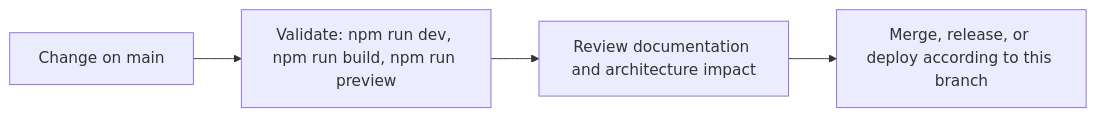
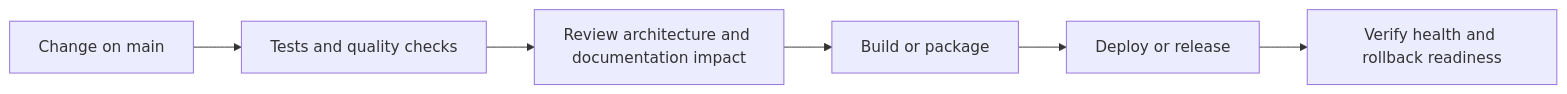
The fourth of 5 diagrams in README.md (Nischhalsubba/Nischhal-Portfolio-2026), drawn with Mermaid before and after one commit. The commit also changed other lines of this file, not shown here.

````diff
--- a/README.md
+++ b/README.md
@@ -64,8 +140,8 @@
 ```mermaid
 flowchart LR
-    CHANGE["Change on main"]
-    CHECK["Validate: npm run dev, npm run build, npm run preview"]
-    REVIEW["Review documentation and architecture impact"]
-    RELEASE["Merge, release, or deploy according to this branch"]
-    CHANGE --> CHECK --> REVIEW --> RELEASE
+    CHANGE["Change on main"] --> CHECK["Tests and quality checks"]
+    CHECK --> REVIEW["Review architecture and documentation impact"]
+    REVIEW --> BUILD["Build or package"]
+    BUILD --> DEPLOY["Deploy or release"]
+    DEPLOY --> VERIFY["Verify health and rollback readiness"]
 ```
````
